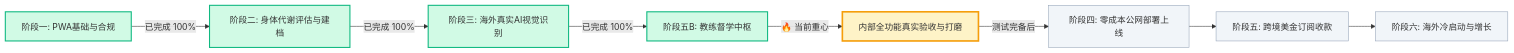
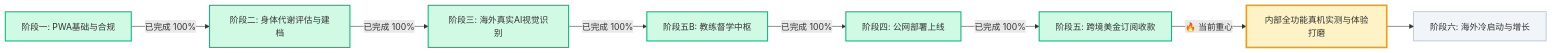
Before and after one commit to XiaoMing2017/shike: the diagram in OVERSEAS_ROADMAP.md, drawn with Mermaid. The commit also changed other lines of this file and 1 other file, not shown here.

Commit message:
docs: add Lemon Squeezy payment system design and operation manual, update overseas roadmap

````diff
--- a/OVERSEAS_ROADMAP.md
+++ b/OVERSEAS_ROADMAP.md
@@ -11,19 +11,19 @@
 ```mermaid
 graph LR
   P1[阶段一: PWA基础与合规] -->|已完成 100%| P2[阶段二: 身体代谢评估与建档]
   P2 -->|已完成 100%| P3[阶段三: 海外真实AI视觉识别]
   P3 -->|已完成 100%| P5B[阶段五B: 教练督学中枢]
-  P5B -->|🔥 当前重心| QA[内部全功能真实验收与打磨]
-  QA -->|测试完备后| P4[阶段四: 零成本公网部署上线]
-  P4 --> P5[阶段五: 跨境美金订阅收款]
-  P5 --> P6[阶段六: 海外冷启动与增长]
+  P5B -->|已完成 100%| P4[阶段四: 公网部署上线]
+  P4 -->|已完成 100%| P5[阶段五: 跨境美金订阅收款]
+  P5 -->|🔥 当前重心| QA[内部全功能真机实测与体验打磨]
+  QA --> P6[阶段六: 海外冷启动与增长]
 
   style P1 fill:#d1fae5,stroke:#10b981,stroke-width:2px;
   style P2 fill:#d1fae5,stroke:#10b981,stroke-width:2px;
   style P3 fill:#d1fae5,stroke:#10b981,stroke-width:2px;
   style P5B fill:#d1fae5,stroke:#10b981,stroke-width:2px;
+  style P4 fill:#d1fae5,stroke:#10b981,stroke-width:2px;
+  style P5 fill:#d1fae5,stroke:#10b981,stroke-width:2px;
   style QA fill:#fef3c7,stroke:#f59e0b,stroke-width:3px;
-  style P4 fill:#f1f5f9,stroke:#94a3b8,stroke-width:1px;
-  style P5 fill:#f1f5f9,stroke:#94a3b8,stroke-width:1px;
   style P6 fill:#f1f5f9,stroke:#94a3b8,stroke-width:1px;
 ```
````
